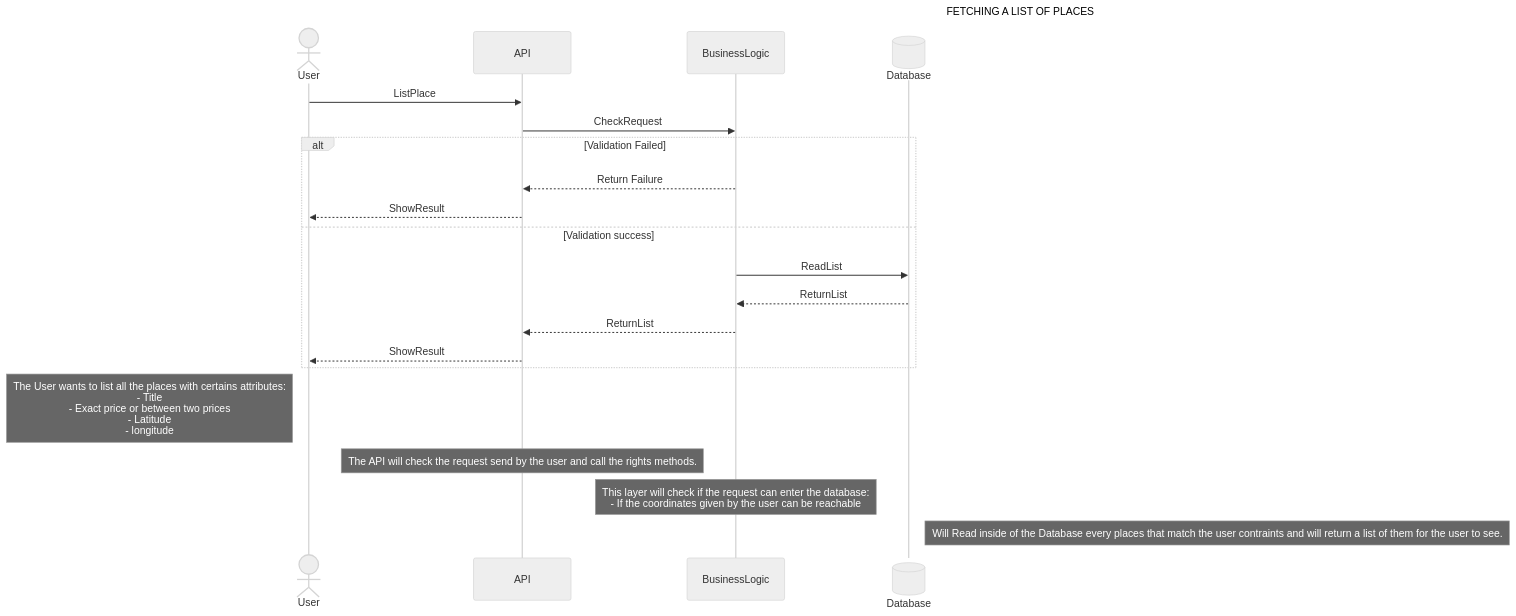
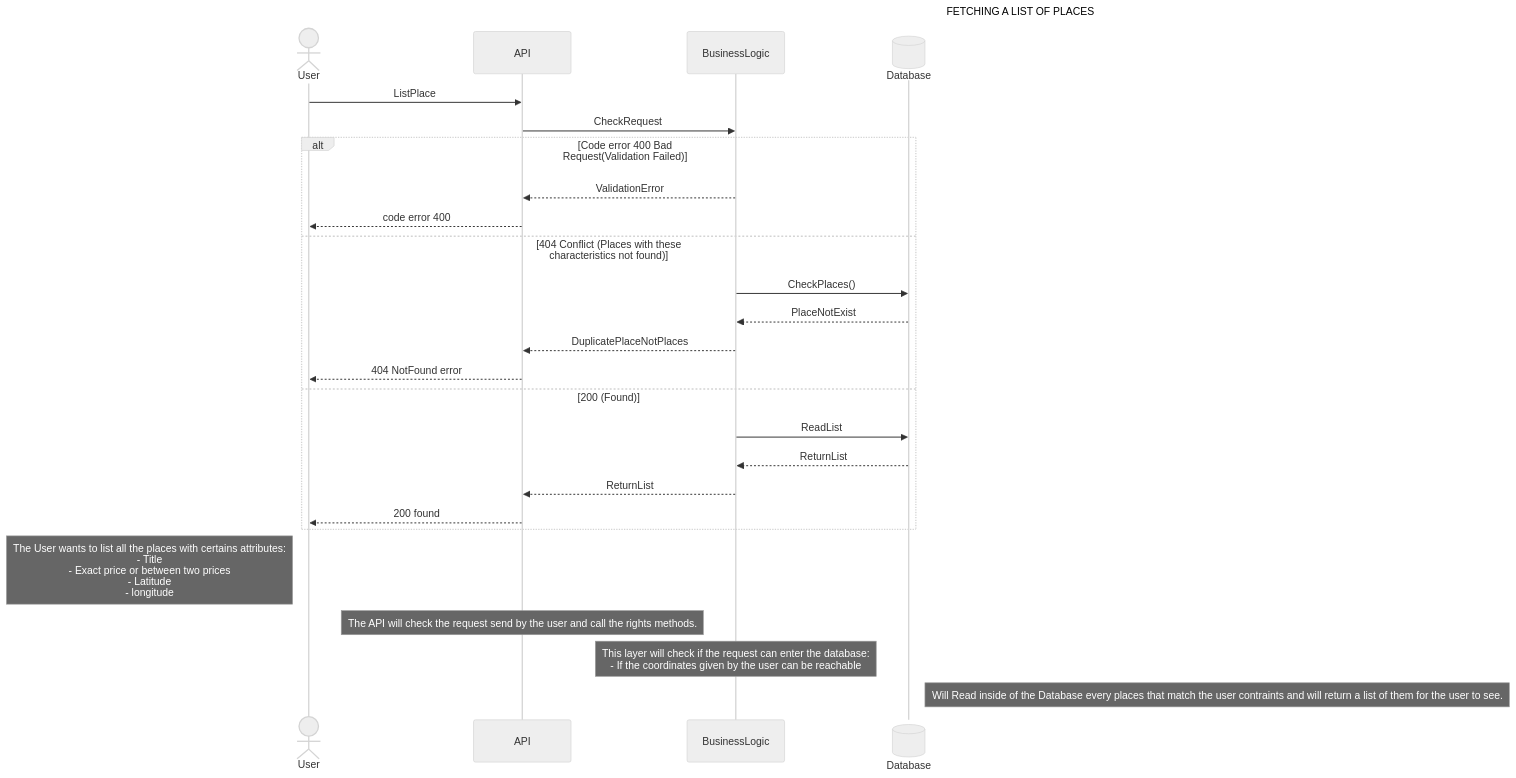
One commit to EnzoMessaoudi/holbertonschool-hbnb changed the diagram in part1/Sequence Diagrams for API Calls (task 2)/Sequence_Diagram_Fetching_Places.mermaid. Above: the diagram before and after it, drawn with Mermaid.

Commit message:
ADD codes errors

```diff
--- a/part1/Sequence Diagrams for API Calls (task 2)/Sequence_Diagram_Fetching_Places.mermaid
+++ b/part1/Sequence Diagrams for API Calls (task 2)/Sequence_Diagram_Fetching_Places.mermaid
@@ -1,29 +1,34 @@
 %%{ init : { "theme": "neutral" } }%%
 
 sequenceDiagram
 title FETCHING A LIST OF PLACES
 actor User
 participant API
 participant BusinessLogic
 participant Database@{ "type" : "database" }
 
 User->>API: ListPlace
 API->>BusinessLogic: CheckRequest
 
-alt Validation Failed
-    BusinessLogic-->>API: Return Failure
-    API-->>User: ShowResult
-else Validation success
+alt Code error 400 Bad Request(Validation Failed)
+    BusinessLogic-->>API: ValidationError
+    API-->>User: code error 400
+else 404 Conflict (Places with these characteristics not found)
+    BusinessLogic->>Database: CheckPlaces()
+    Database-->>BusinessLogic: PlaceNotExist
+    BusinessLogic-->>API: DuplicatePlaceNotPlaces
+    API-->>User: 404 NotFound error
+else 200 (Found)
     BusinessLogic->>Database: ReadList
     Database-->>BusinessLogic: ReturnList
     BusinessLogic-->>API: ReturnList
-    API-->>User: ShowResult
+    API-->>User: 200 found
 end
 
 Note left of User: The User wants to list all the places with certains attributes:<br/>- Title<br/>- Exact price or between two prices<br/>- Latitude<br/>- longitude
 
 Note over API: The API will check the request send by the user and call the rights methods.
 
 Note over BusinessLogic: This layer will check if the request can enter the database:<br/>- If the coordinates given by the user can be reachable
 
 Note right of Database: Will Read inside of the Database every places that match the user contraints and will return a list of them for the user to see.
```
